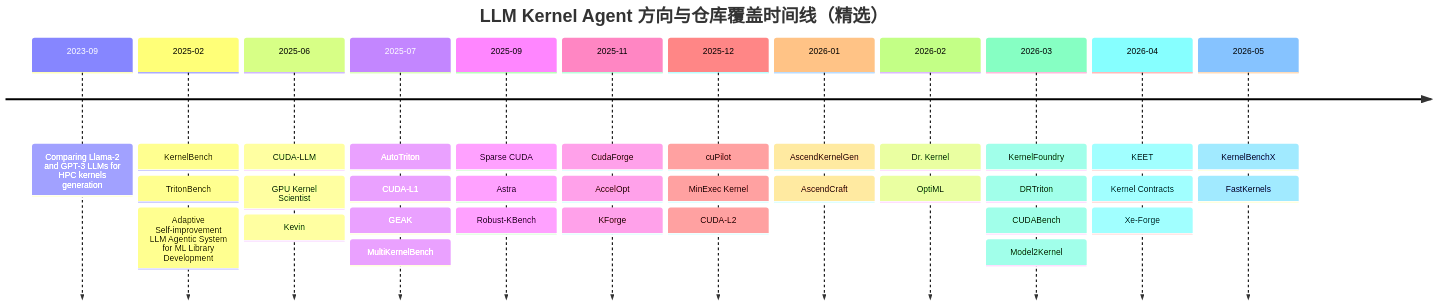
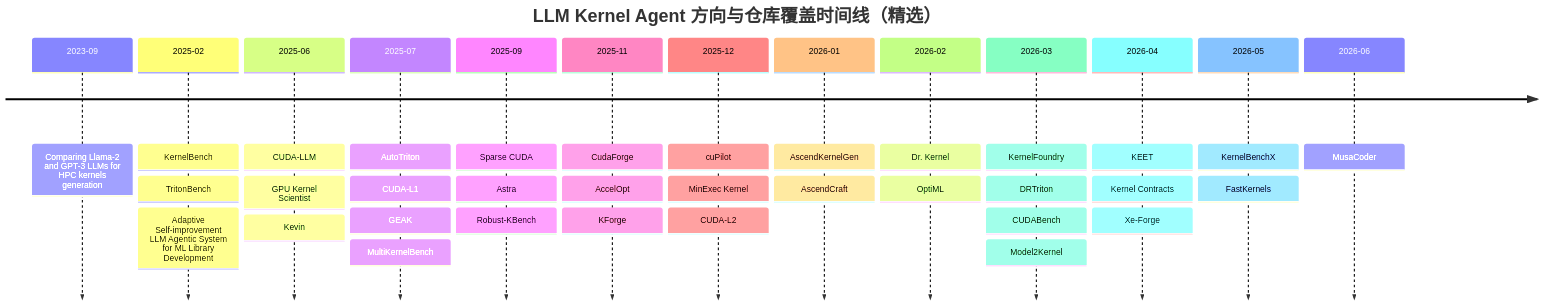
Before and after one commit to qhy991/Awesome-LLM-Kernel-Agent: the first of 3 diagrams in README.zh-CN.md, drawn with Mermaid. The commit also changed other lines of this file and 13 other files, not shown here.

First line of the commit message:
Add MusaCoder paper and Moore Threads MusaCoder-27B model.

````diff
--- a/README.zh-CN.md
+++ b/README.zh-CN.md
@@ -63,37 +63,38 @@
 ```mermaid
 timeline
     title LLM Kernel Agent 方向与仓库覆盖时间线（精选）
     2023-09 : Comparing Llama-2 and GPT-3 LLMs for HPC kernels generation
     2025-02 : KernelBench
              : TritonBench
              : Adaptive Self-improvement LLM Agentic System for ML Library Development
     2025-06 : CUDA-LLM
              : GPU Kernel Scientist
              : Kevin
     2025-07 : AutoTriton
              : CUDA-L1
              : GEAK
              : MultiKernelBench
     2025-09 : Sparse CUDA
              : Astra
              : Robust-KBench
     2025-11 : CudaForge
              : AccelOpt
              : KForge
     2025-12 : cuPilot
              : MinExec Kernel
              : CUDA-L2
     2026-01 : AscendKernelGen
              : AscendCraft
     2026-02 : Dr. Kernel
              : OptiML
     2026-03 : KernelFoundry
              : DRTriton
              : CUDABench
              : Model2Kernel
     2026-04 : KEET
              : Kernel Contracts
              : Xe-Forge
     2026-05 : KernelBenchX
              : FastKernels
+    2026-06 : MusaCoder
 ```
````
